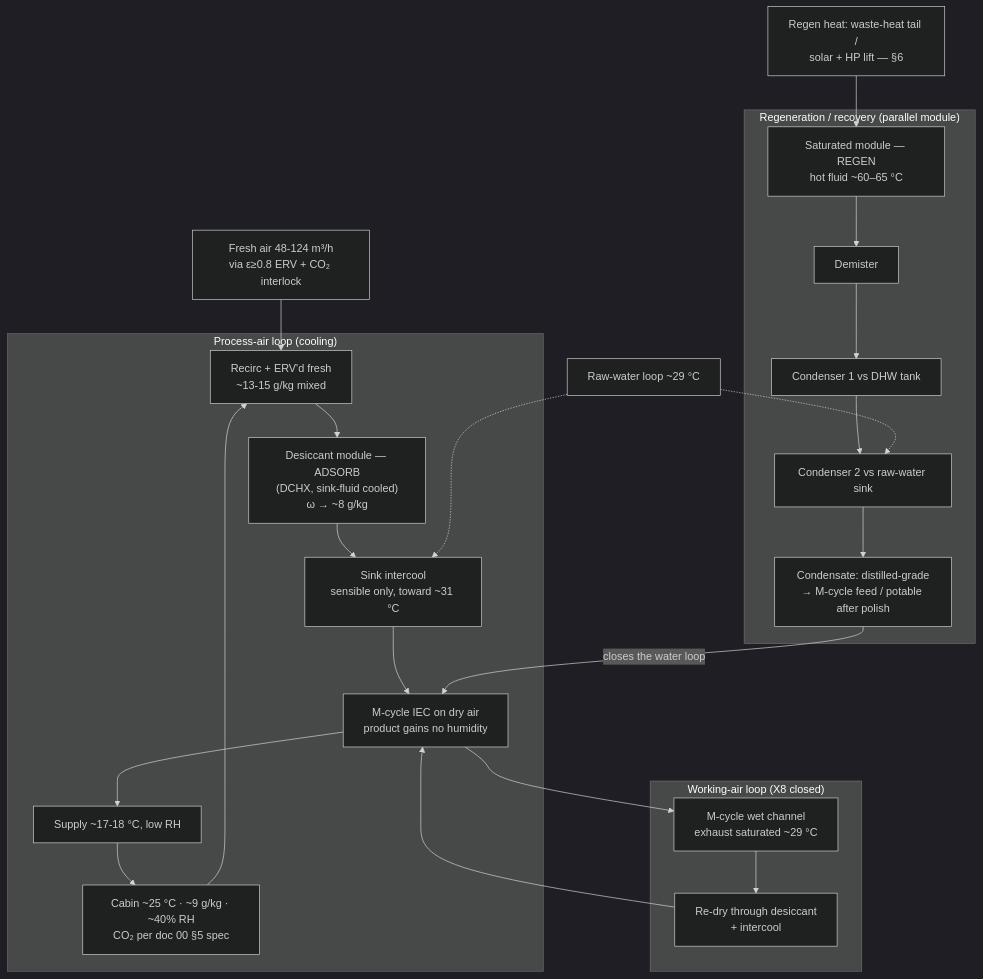
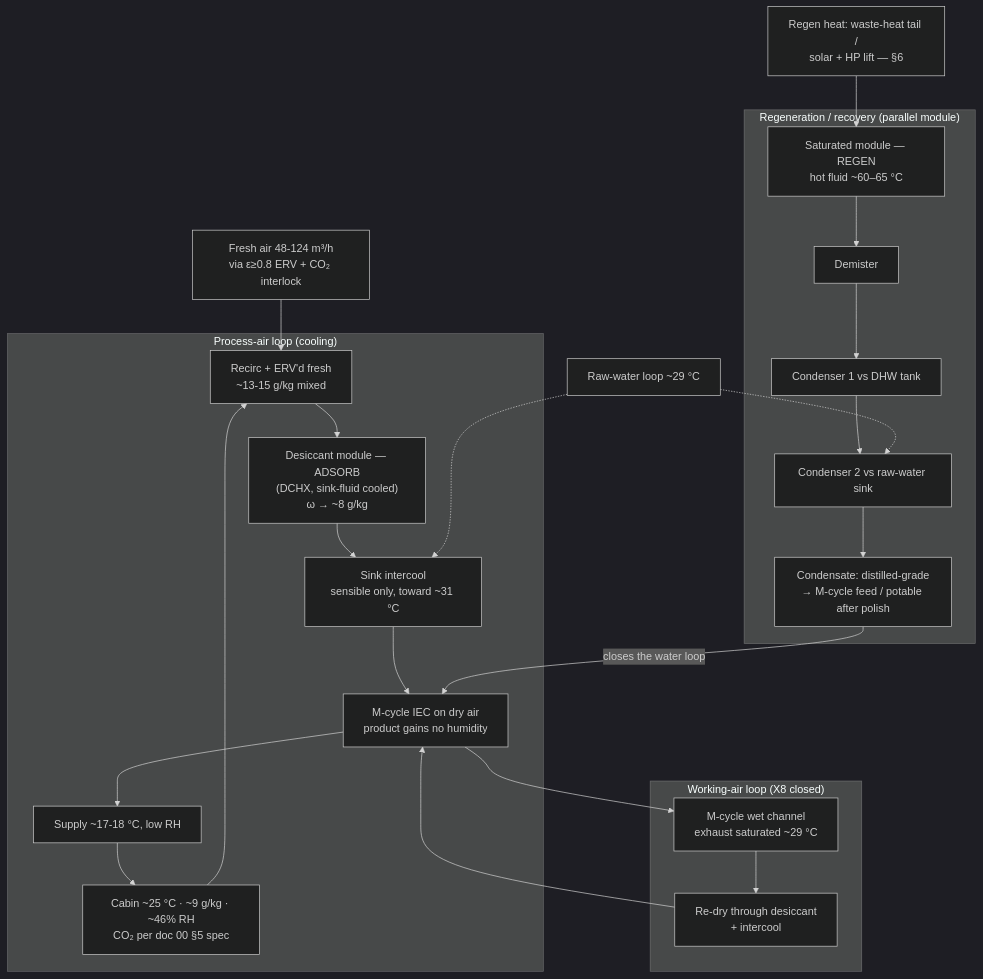
Before and after one commit to phicyclist/slice-cooling: the diagram in docs/20_solid_concept_system.md, drawn with Mermaid (dark theme). The commit also changed other lines of this file and 21 other files, not shown here.

````diff
--- a/docs/20_solid_concept_system.md
+++ b/docs/20_solid_concept_system.md
@@ -49,31 +49,31 @@
 ```mermaid
 flowchart TB
     subgraph PROC["Process-air loop (cooling)"]
         MIXN["Recirc + ERV'd fresh<br/>~13-15 g/kg mixed"]
         DES["Desiccant module — ADSORB<br/>(DCHX, sink-fluid cooled)<br/>ω → ~8 g/kg"]
         IC["Sink intercool<br/>sensible only, toward ~31 °C"]
         MC["M-cycle IEC on dry air<br/>product gains no humidity"]
         SUP["Supply ~17-18 °C, low RH"]
-        CAB["Cabin ~25 °C · ~9 g/kg · ~40% RH<br/>CO₂ per doc 00 §5 spec"]
+        CAB["Cabin ~25 °C · ~9 g/kg · ~46% RH<br/>CO₂ per doc 00 §5 spec"]
         MIXN --> DES --> IC --> MC --> SUP --> CAB --> MIXN
     end
     subgraph WORK["Working-air loop (X8 closed)"]
         WET["M-cycle wet channel<br/>exhaust saturated ~29 °C"]
         RD["Re-dry through desiccant<br/>+ intercool"]
         WET --> RD --> MC
     end
     MC --> WET
     subgraph REGEN["Regeneration / recovery (parallel module)"]
         SAT["Saturated module — REGEN<br/>hot fluid ~60–65 °C"]
         DEM["Demister"]
         C1["Condenser 1 vs DHW tank"]
         C2["Condenser 2 vs raw-water sink"]
         H2O["Condensate: distilled-grade<br/>→ M-cycle feed / potable after polish"]
         SAT --> DEM --> C1 --> C2 --> H2O
     end
     H2O -->|closes the water loop| MC
     VENT["Fresh air 48-124 m³/h<br/>via ε≥0.8 ERV + CO₂ interlock"] --> MIXN
     SW["Raw-water loop ~29 °C"] -.-> IC
     SW -.-> C2
     HEAT["Regen heat: waste-heat tail /<br/>solar + HP lift — §6"] --> SAT
 ```
````
